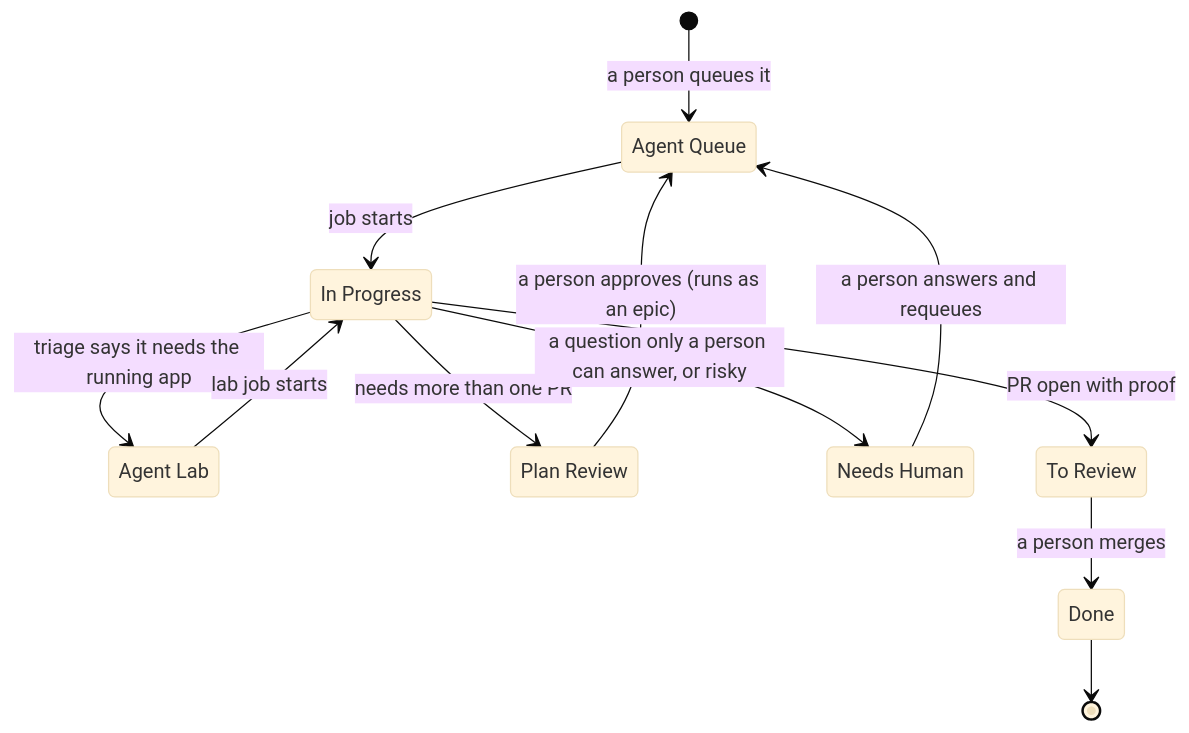
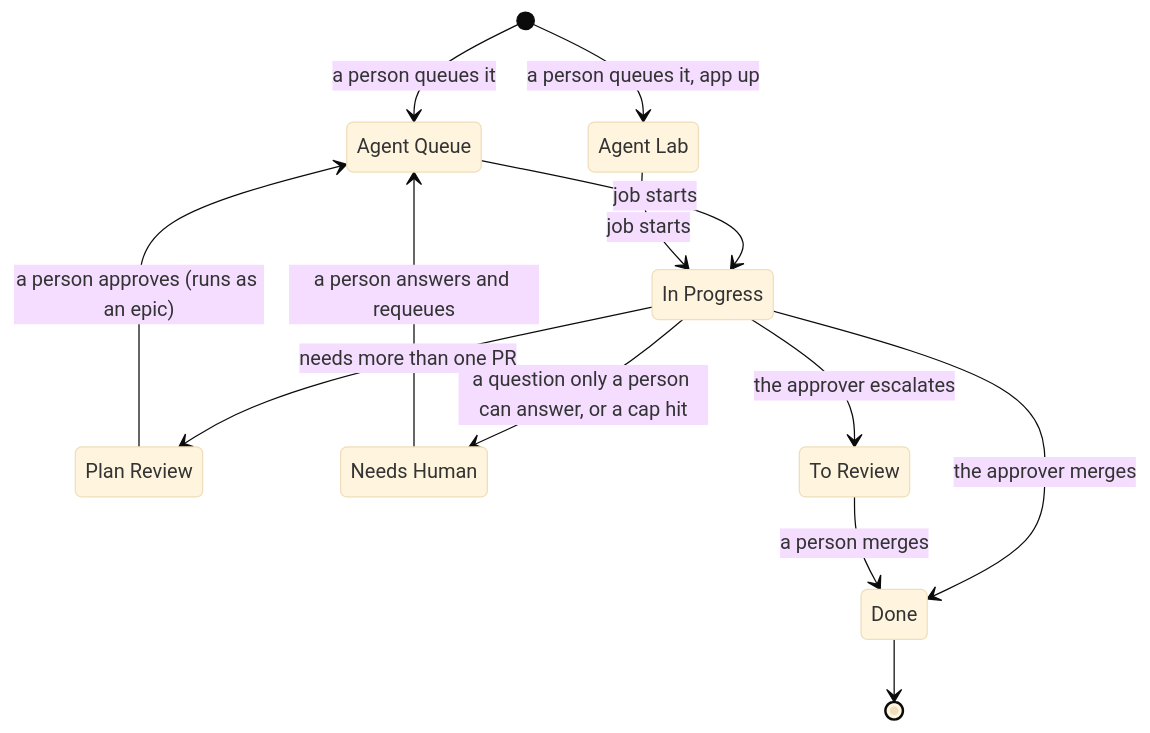
Before and after one commit to alairock/agent-console-spec: the first of 2 diagrams in docs/03-board-and-routing.md, drawn with Mermaid (base theme). The commit also changed other lines of this file and 16 other files, not shown here.

````diff
--- a/docs/03-board-and-routing.md
+++ b/docs/03-board-and-routing.md
@@ -38,20 +39,21 @@
 ```mermaid
 stateDiagram-v2
   state "Agent Queue" as AQ
   state "In Progress" as IP
   state "Agent Lab" as AL
   state "Plan Review" as PR
   state "Needs Human" as NH
   state "To Review" as TR
   [*] --> AQ : a person queues it
+  [*] --> AL : a person queues it, app up
   AQ --> IP : job starts
-  IP --> TR : PR open with proof
-  IP --> AL : triage says it needs the running app
+  AL --> IP : job starts
+  IP --> Done : the approver merges
+  IP --> TR : the approver escalates
   IP --> PR : needs more than one PR
-  IP --> NH : a question only a person can answer, or risky
-  AL --> IP : lab job starts
+  IP --> NH : a question only a person can answer, or a cap hit
   PR --> AQ : a person approves (runs as an epic)
   NH --> AQ : a person answers and requeues
   TR --> Done : a person merges
   Done --> [*]
 ```
````
